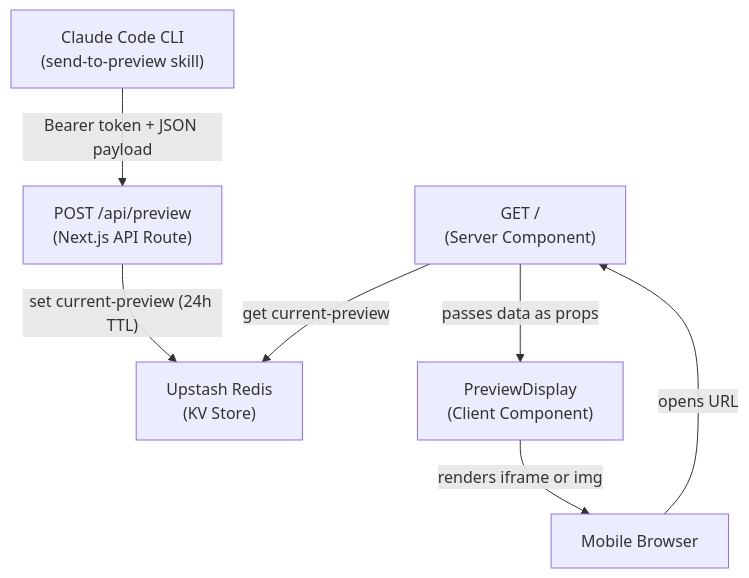
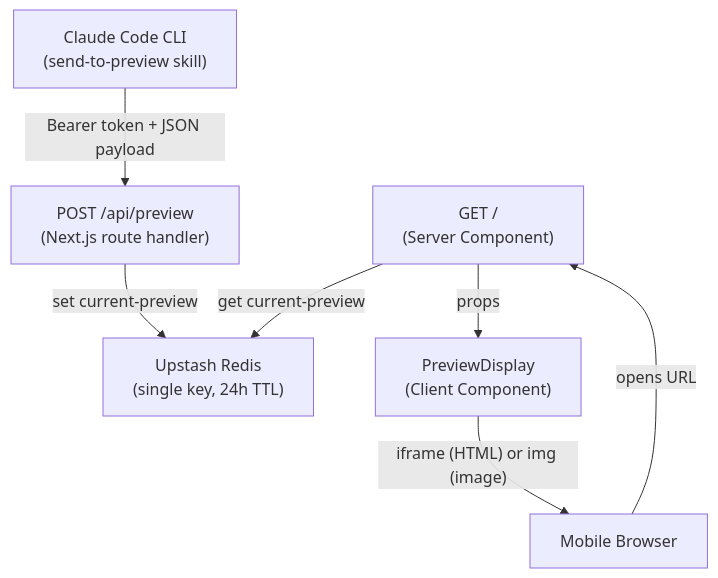
Before and after one commit to Technical-1/All-About-Me: the diagram in public/data/portfolio/Remote-Preview/architecture.md, drawn with Mermaid. The commit also changed other lines of this file and 80 other files, not shown here.

````diff
--- a/public/data/portfolio/Remote-Preview/architecture.md
+++ b/public/data/portfolio/Remote-Preview/architecture.md
@@ -5,16 +5,16 @@
 ```mermaid
-graph TD
+flowchart TD
     CLI["Claude Code CLI<br/>(send-to-preview skill)"]
-    API["POST /api/preview<br/>(Next.js API Route)"]
-    Redis["Upstash Redis<br/>(KV Store)"]
+    API["POST /api/preview<br/>(Next.js route handler)"]
+    Redis["Upstash Redis<br/>(single key, 24h TTL)"]
     Page["GET /<br/>(Server Component)"]
     Display["PreviewDisplay<br/>(Client Component)"]
     Phone["Mobile Browser"]
 
     CLI -->|"Bearer token + JSON payload"| API
-    API -->|"set current-preview (24h TTL)"| Redis
+    API -->|"set current-preview"| Redis
     Phone -->|"opens URL"| Page
     Page -->|"get current-preview"| Redis
-    Page -->|"passes data as props"| Display
-    Display -->|"renders iframe or img"| Phone
+    Page -->|"props"| Display
+    Display -->|"iframe (HTML) or img (image)"| Phone
 ```
````
